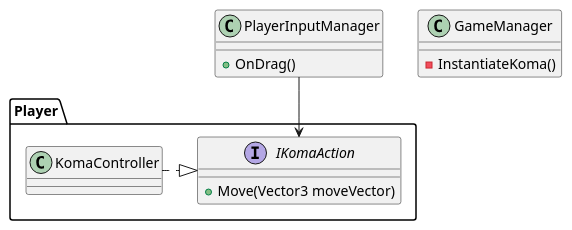
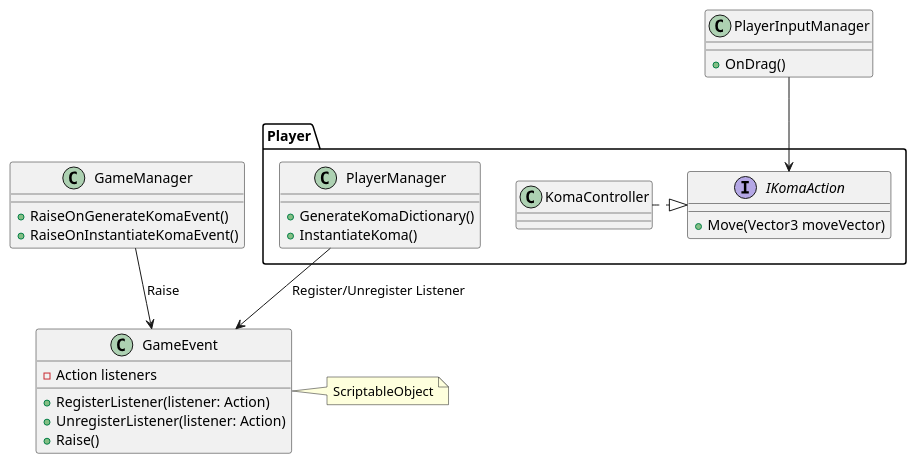
One commit to epen3420/ShogiBattle_unity changed the diagram in new_Unity_shogi/Assets/Scripts/ClassFigure.puml. Above: the diagram before and after it, drawn with PlantUML. The commit also changed 11 other files, not shown here.

```diff
--- a/new_Unity_shogi/Assets/Scripts/ClassFigure.puml
+++ b/new_Unity_shogi/Assets/Scripts/ClassFigure.puml
@@ -1,21 +1,42 @@
-@startuml
-    class PlayerInputManager{
+@startuml ShogiBattle
+    class PlayerInputManager {
         +OnDrag()
     }
 
-    namespace Player{
-        interface IKomaAction{
+    namespace Player {
+        class PlayerManager {
+            +GenerateKomaDictionary()
+            +InstantiateKoma()
+        }
+
+        interface IKomaAction {
             +Move(Vector3 moveVector)
         }
 
-        class KomaController{
+        class KomaController {
         }
     }
 
-    class GameManager{
-        -InstantiateKoma()
+    class GameManager {
+        +RaiseOnGenerateKomaEvent()
+        +RaiseOnInstantiateKomaEvent()
     }
 
-    KomaController.|>IKomaAction
-    PlayerInputManager-->IKomaAction
+    class GameEvent {
+        -Action listeners
+        +RegisterListener(listener: Action)
+        +UnregisterListener(listener: Action)
+        +Raise()
+    }
+
+    ' 関係を定義
+    GameManager --> GameEvent : "Raise"
+    PlayerManager --> GameEvent : "Register/Unregister Listener"
+    PlayerInputManager --> IKomaAction
+    KomaController .|> IKomaAction
+
+    ' ScriptableObjectの特性を示す（オプション）
+    note right of GameEvent
+        ScriptableObject
+    end note
 @enduml
```
